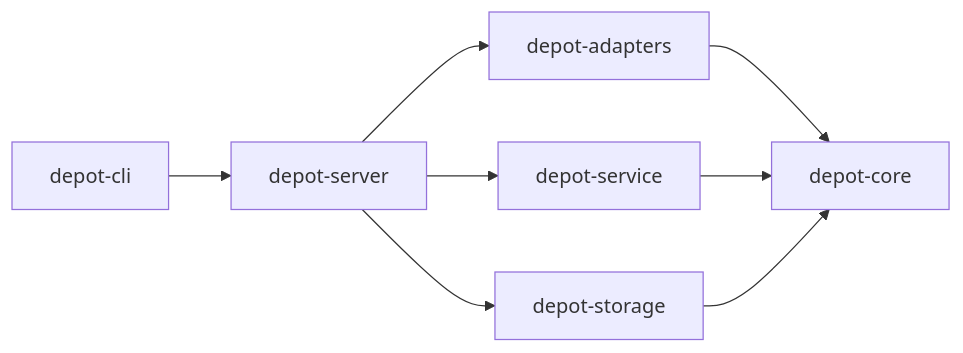
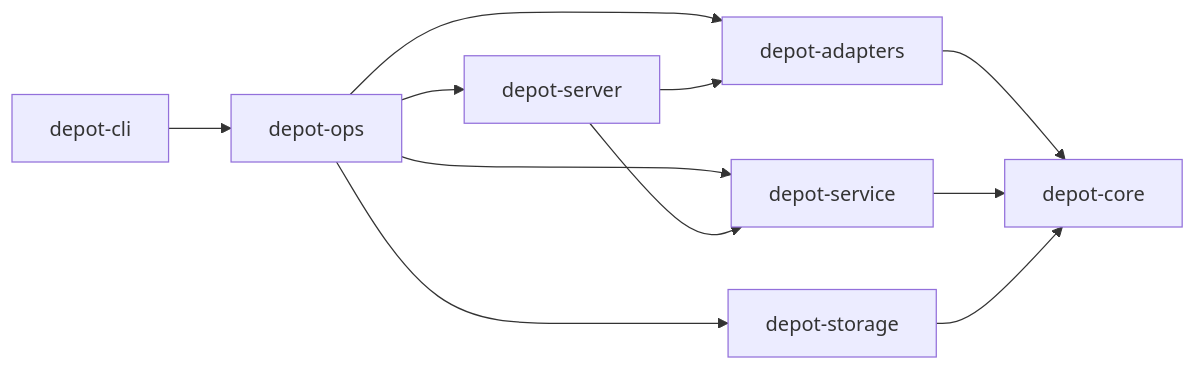
Before and after one commit to Goldziher/starmetal: the third of 3 diagrams in docs/architecture.md, drawn with Mermaid. The commit also changed other lines of this file and 15 other files, not shown here.

Commit message:
feat(cli): add operations CLI and MCP server

````diff
--- a/docs/architecture.md
+++ b/docs/architecture.md
@@ -158,10 +158,13 @@
 ```mermaid
 graph LR
-    cli[depot-cli] --> server[depot-server]
+    cli[depot-cli] --> ops[depot-ops]
+    ops --> server[depot-server]
+    ops --> service[depot-service]
+    ops --> storage[depot-storage]
+    ops --> adapters[depot-adapters]
     server --> adapters[depot-adapters]
     server --> service[depot-service]
-    server --> storage[depot-storage]
     adapters --> core[depot-core]
     service --> core
     storage --> core
 ```
````
